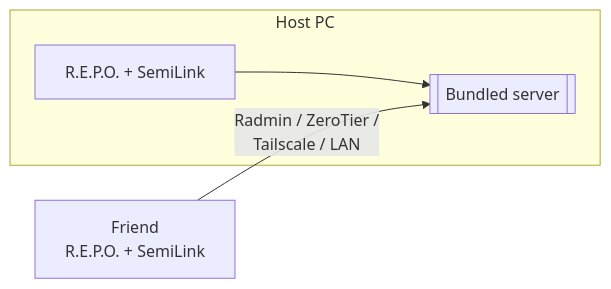
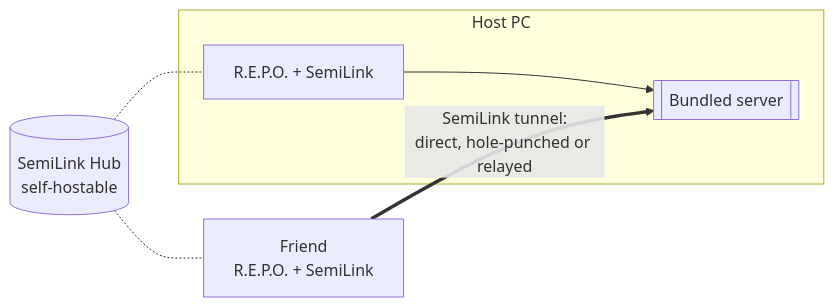
Before and after one commit to haulnet/haulnet-repo: the diagram in README.md, drawn with Mermaid. The commit also changed other lines of this file and 11 other files, not shown here.

````diff
--- a/README.md
+++ b/README.md
@@ -22,9 +22,11 @@
 ```mermaid
 flowchart LR
     subgraph host[Host PC]
         GA[R.E.P.O. + SemiLink]
         S[[Bundled server]]
         GA --> S
     end
-    GB[Friend<br/>R.E.P.O. + SemiLink] -- Radmin / ZeroTier /<br/>Tailscale / LAN --> S
+    GB[Friend<br/>R.E.P.O. + SemiLink] == "SemiLink tunnel:<br/>direct, hole-punched or relayed" ==> S
+    HUB[(SemiLink Hub<br/>self-hostable)] -.- GA
+    HUB -.- GB
 ```
````
